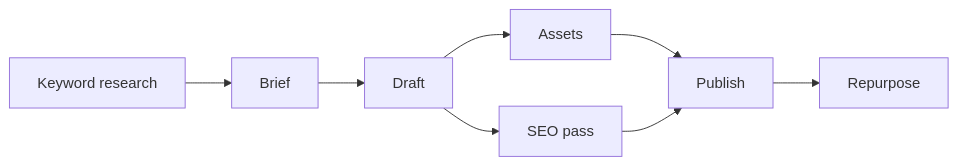
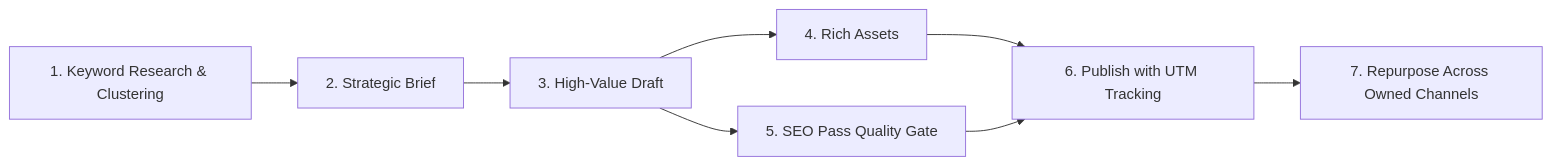
One commit to holman57/distributed-content-management changed the third of 4 diagrams in README.md. Above: the diagram before and after it, drawn with Mermaid. The commit also changed other lines of this file and 33 other files, not shown here.

````diff
--- a/README.md
+++ b/README.md
@@ -9,9 +173,9 @@
 ```mermaid
 flowchart LR
-    A[Keyword research] --> B[Brief]
-    B --> C[Draft]
-    C --> D[Assets]
-    C --> E[SEO pass]
-    D & E --> F[Publish]
-    F --> G[Repurpose]
+    A[1. Keyword Research & Clustering] --> B[2. Strategic Brief]
+    B --> C[3. High-Value Draft]
+    C --> D[4. Rich Assets]
+    C --> E[5. SEO Pass Quality Gate]
+    D & E --> F[6. Publish with UTM Tracking]
+    F --> G[7. Repurpose Across Owned Channels]
 ```
````
